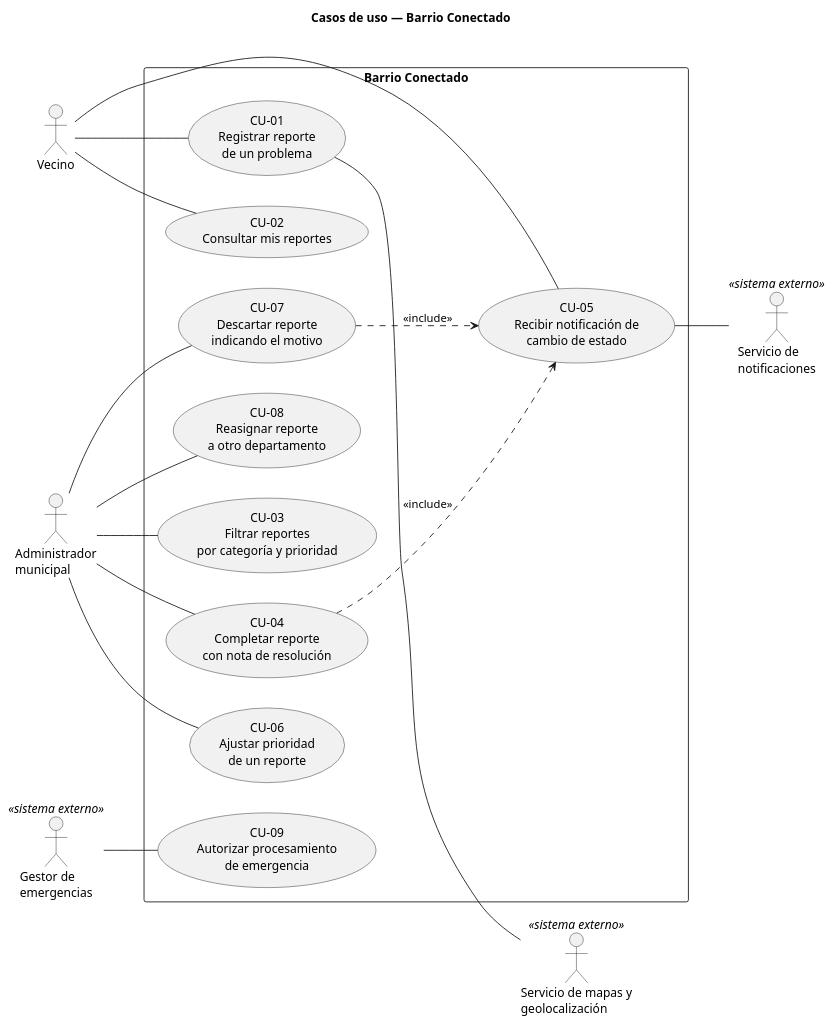
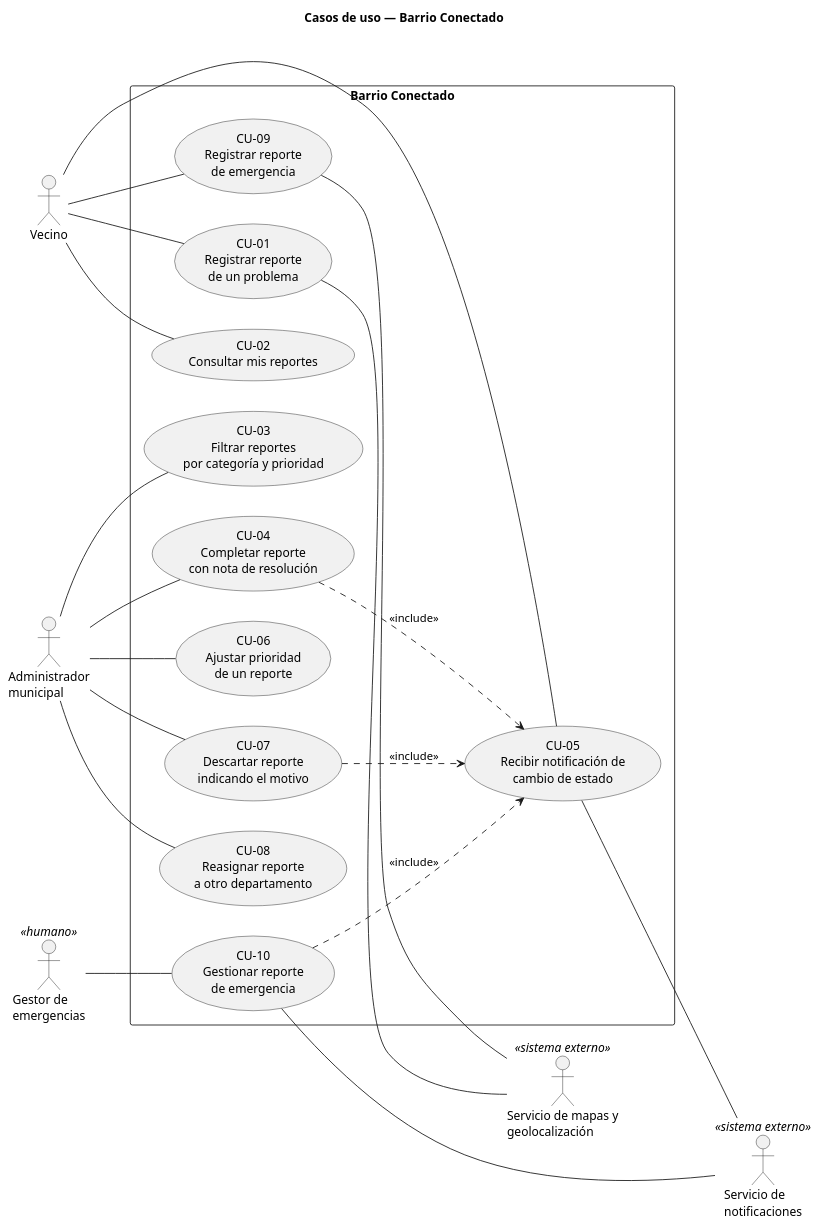
Before and after one commit to bruhmzk/Barrio-Conectado: the diagram in diagramas/casos-de-uso.puml, drawn with PlantUML. The commit also changed 40 other files, not shown here.

```diff
--- a/diagramas/casos-de-uso.puml
+++ b/diagramas/casos-de-uso.puml
@@ -1,40 +1,45 @@
 @startuml casos-de-uso
 title Casos de uso — Barrio Conectado
 left to right direction
 skinparam shadowing false
 skinparam packageStyle rectangle
 
 actor Vecino
 actor Admin as "Administrador\nmunicipal"
 actor Mapas as "Servicio de mapas y\ngeolocalización" <<sistema externo>>
 actor Notif as "Servicio de\nnotificaciones" <<sistema externo>>
-actor Emer as "Gestor de\nemergencias" <<sistema externo>>
+actor Emer as "Gestor de\nemergencias" <<humano>>
 
 rectangle "Barrio Conectado" {
   usecase CU01 as "CU-01\nRegistrar reporte\nde un problema"
   usecase CU02 as "CU-02\nConsultar mis reportes"
   usecase CU03 as "CU-03\nFiltrar reportes\npor categoría y prioridad"
   usecase CU04 as "CU-04\nCompletar reporte\ncon nota de resolución"
   usecase CU05 as "CU-05\nRecibir notificación de\ncambio de estado"
   usecase CU06 as "CU-06\nAjustar prioridad\nde un reporte"
   usecase CU07 as "CU-07\nDescartar reporte\nindicando el motivo"
   usecase CU08 as "CU-08\nReasignar reporte\na otro departamento"
-  usecase CU09 as "CU-09\nAutorizar procesamiento\nde emergencia"
+  usecase CU09 as "CU-09\nRegistrar reporte\nde emergencia"
+  usecase CU10 as "CU-10\nGestionar reporte\nde emergencia"
 }
 
 Vecino -- CU01
 Vecino -- CU02
 Vecino -- CU05
+Vecino -- CU09
 Admin -- CU03
 Admin -- CU04
 Admin -- CU06
 Admin -- CU07
 Admin -- CU08
-Emer -- CU09
+Emer -- CU10
 
 CU01 -- Mapas
 CU05 -- Notif
+CU09 -- Mapas
+CU10 -- Notif
 
 CU04 ..> CU05 : <<include>>
 CU07 ..> CU05 : <<include>>
+CU10 ..> CU05 : <<include>>
 @enduml
```
